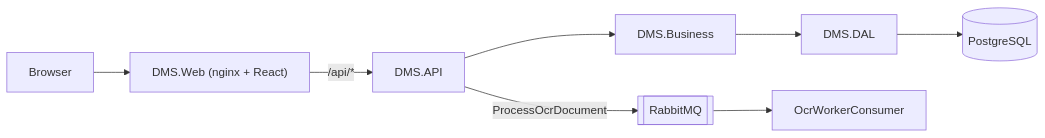
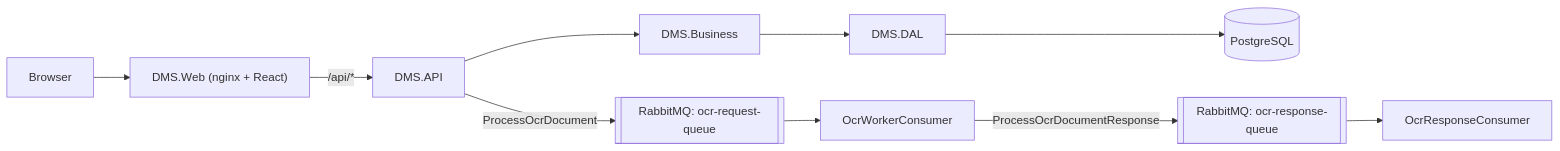
One commit to leopoldKainz/DMS changed the first of 2 diagrams in README.md. Above: the diagram before and after it, drawn with Mermaid. The commit also changed other lines of this file and 10 other files, not shown here.

Commit message:
Implement OCR messaging with RabbitMQ, including consumers and response handling; update JWT key validation and configuration

````diff
--- a/README.md
+++ b/README.md
@@ -37,10 +38,12 @@
 ```mermaid
 flowchart LR
     Browser --> Web["DMS.Web (nginx + React)"]
     Web -- "/api/*" --> API[DMS.API]
     API --> Business[DMS.Business]
     Business --> DAL[DMS.DAL]
     DAL --> DB[(PostgreSQL)]
-    API -- ProcessOcrDocument --> MQ[[RabbitMQ]]
-    MQ --> OCR[OcrWorkerConsumer]
+    API -- ProcessOcrDocument --> Q1[["RabbitMQ: ocr-request-queue"]]
+    Q1 --> OCR[OcrWorkerConsumer]
+    OCR -- ProcessOcrDocumentResponse --> Q2[["RabbitMQ: ocr-response-queue"]]
+    Q2 --> RES[OcrResponseConsumer]
 ```
````
